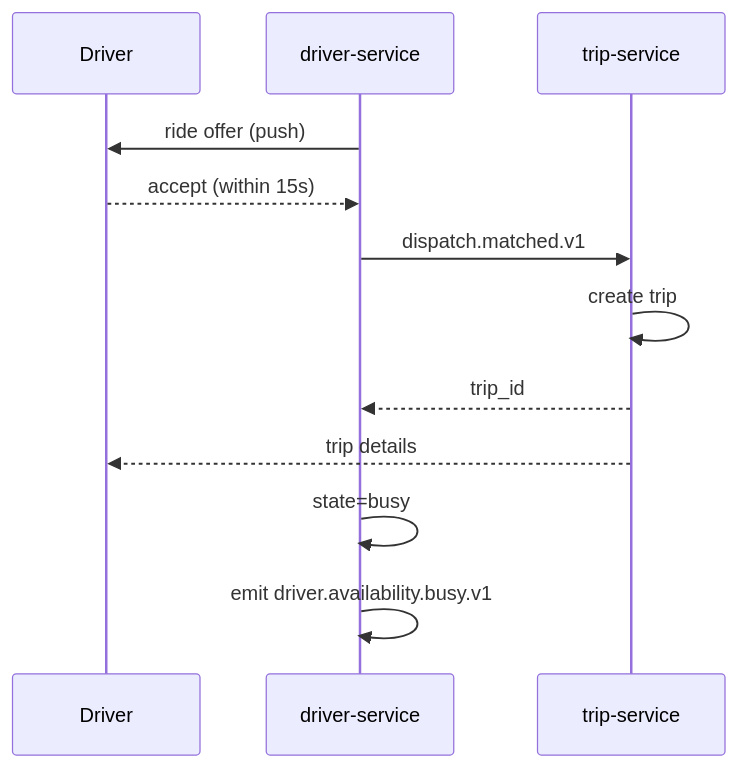
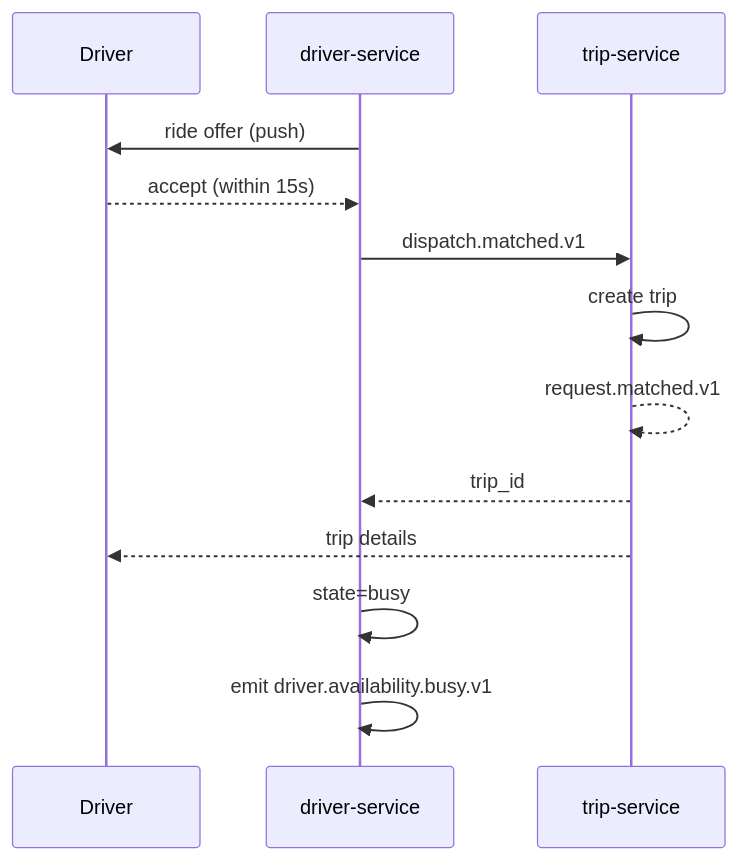
One commit to mohamedhabibwork/trips-enjoy-docs changed the sixth of 11 diagrams in docs/workflows/DRIVER_WORKFLOWS.md. Above: the diagram before and after it, drawn with Mermaid. The commit also changed other lines of this file and 201 other files, not shown here.

````diff
--- a/docs/workflows/DRIVER_WORKFLOWS.md
+++ b/docs/workflows/DRIVER_WORKFLOWS.md
@@ -107,15 +126,16 @@
 ```mermaid
 sequenceDiagram
     participant DR as Driver
     participant DRV as driver-service
     participant TR as trip-service
 
     DRV->>DR: ride offer (push)
     DR-->>DRV: accept (within 15s)
     DRV->>TR: dispatch.matched.v1
     TR->>TR: create trip
+    TR-->>TR: request.matched.v1
     TR-->>DRV: trip_id
     TR-->>DR: trip details
     DRV->>DRV: state=busy
     DRV->>DRV: emit driver.availability.busy.v1
 ```
````
